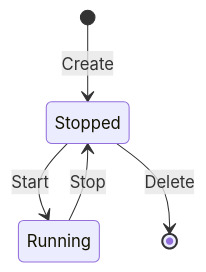
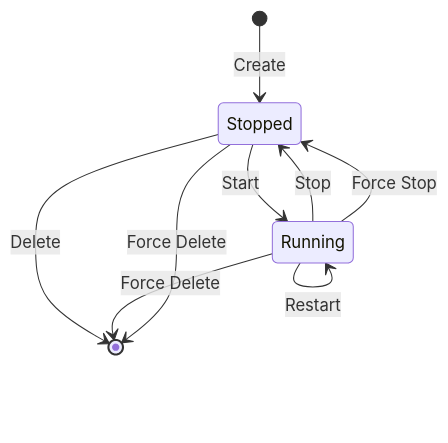
The diagram in docs/design-docs/instance_lifecycle.md (MF-B/MineDock), drawn with Mermaid before and after one commit. The commit also changed other lines of this file and 14 other files, not shown here.

````diff
--- a/docs/design-docs/instance_lifecycle.md
+++ b/docs/design-docs/instance_lifecycle.md
@@ -54,7 +54,11 @@
 ```mermaid
 stateDiagram-v2
     [*] --> Stopped: Create
     Stopped --> Running: Start
     Running --> Stopped: Stop
+    Running --> Running: Restart
+    Running --> Stopped: Force Stop
     Stopped --> [*]: Delete
+    Running --> [*]: Force Delete
+    Stopped --> [*]: Force Delete
 ```
````
